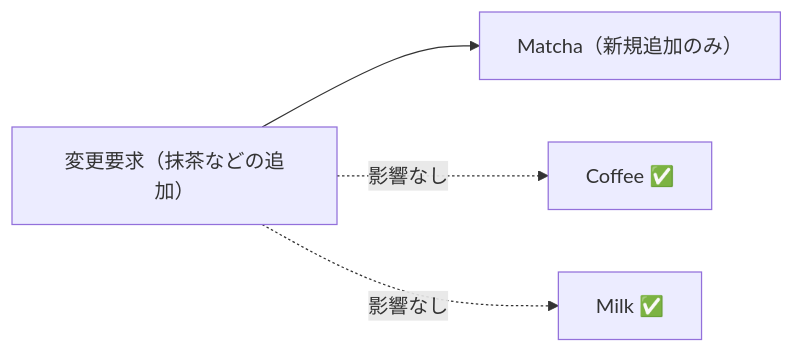
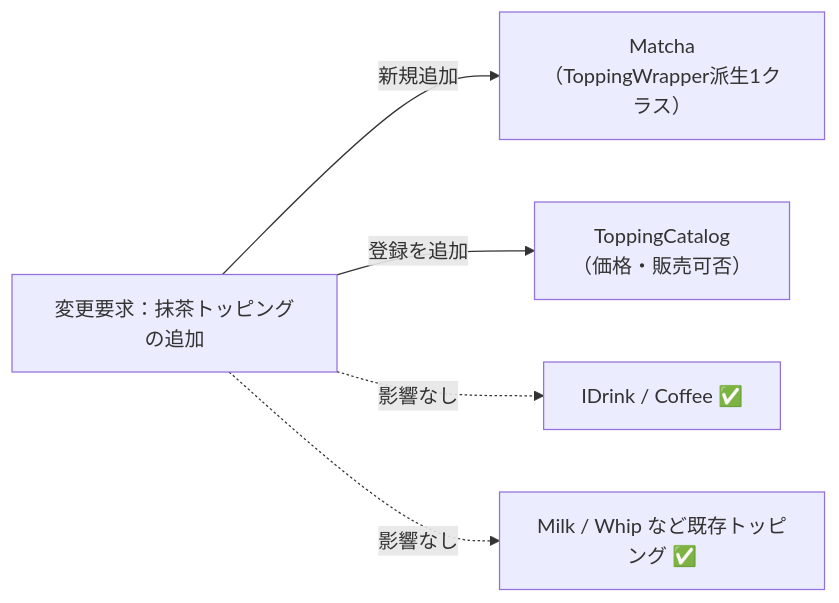
Before and after one commit to kumachan1101-pixel/DesignPattern: the tenth of 12 diagrams in kindle/design-patterns/output/chapter06.md, drawn with Mermaid. The commit also changed other lines of this file and 1 other file, not shown here.

````diff
--- a/kindle/design-patterns/output/chapter06.md
+++ b/kindle/design-patterns/output/chapter06.md
@@ -1603,6 +1565,8 @@
 ```mermaid
 graph LR
-    T1["変更要求（抹茶などの追加）"] --> F1["Matcha（新規追加のみ）"]
-    T1 -. "影響なし" .-> A["Coffee ✅"]
-    T1 -. "影響なし" .-> B["Milk ✅"]
+    T1["変更要求：抹茶トッピングの追加"]
+        -->|新規追加| F1["Matcha<br>（ToppingWrapper派生1クラス）"]
+    T1 -->|登録を追加| F2["ToppingCatalog<br>（価格・販売可否）"]
+    T1 -. "影響なし" .-> A["IDrink / Coffee ✅"]
+    T1 -. "影響なし" .-> B["Milk / Whip など既存トッピング ✅"]
 ```
````
